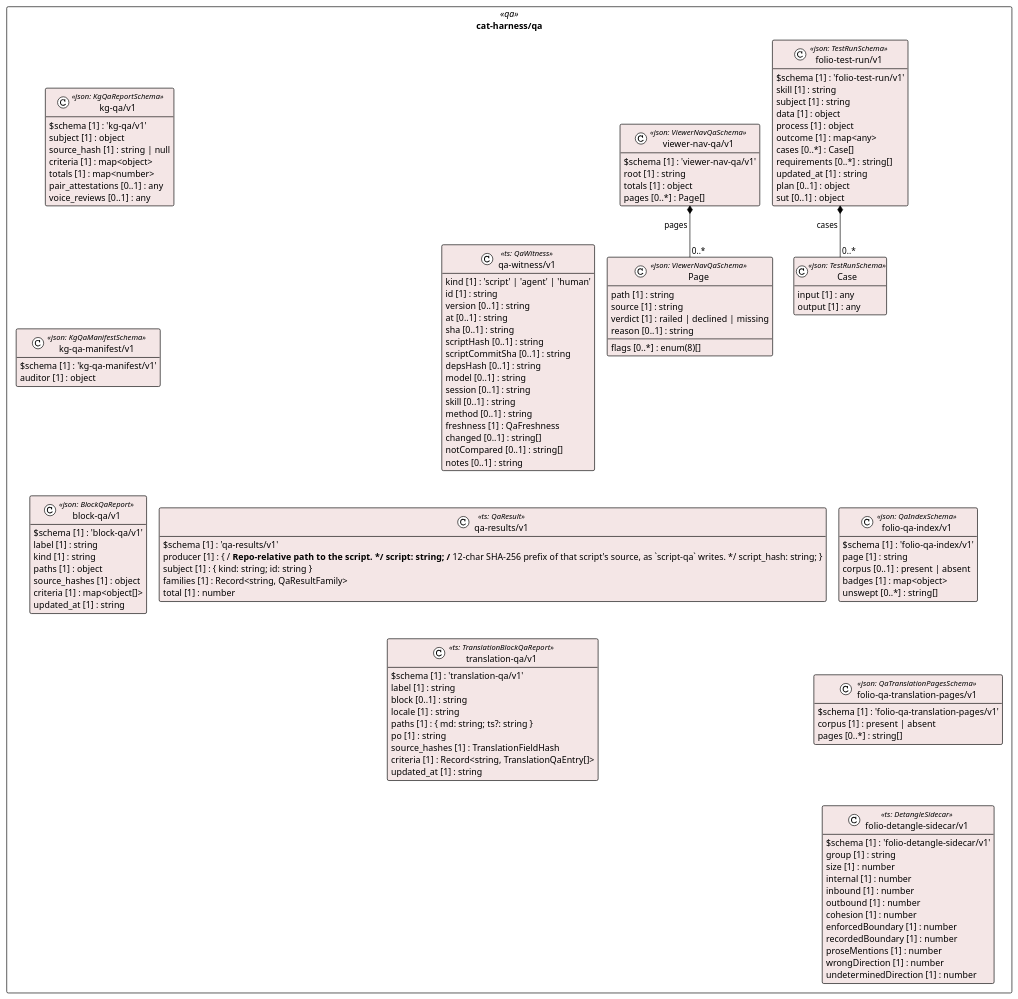
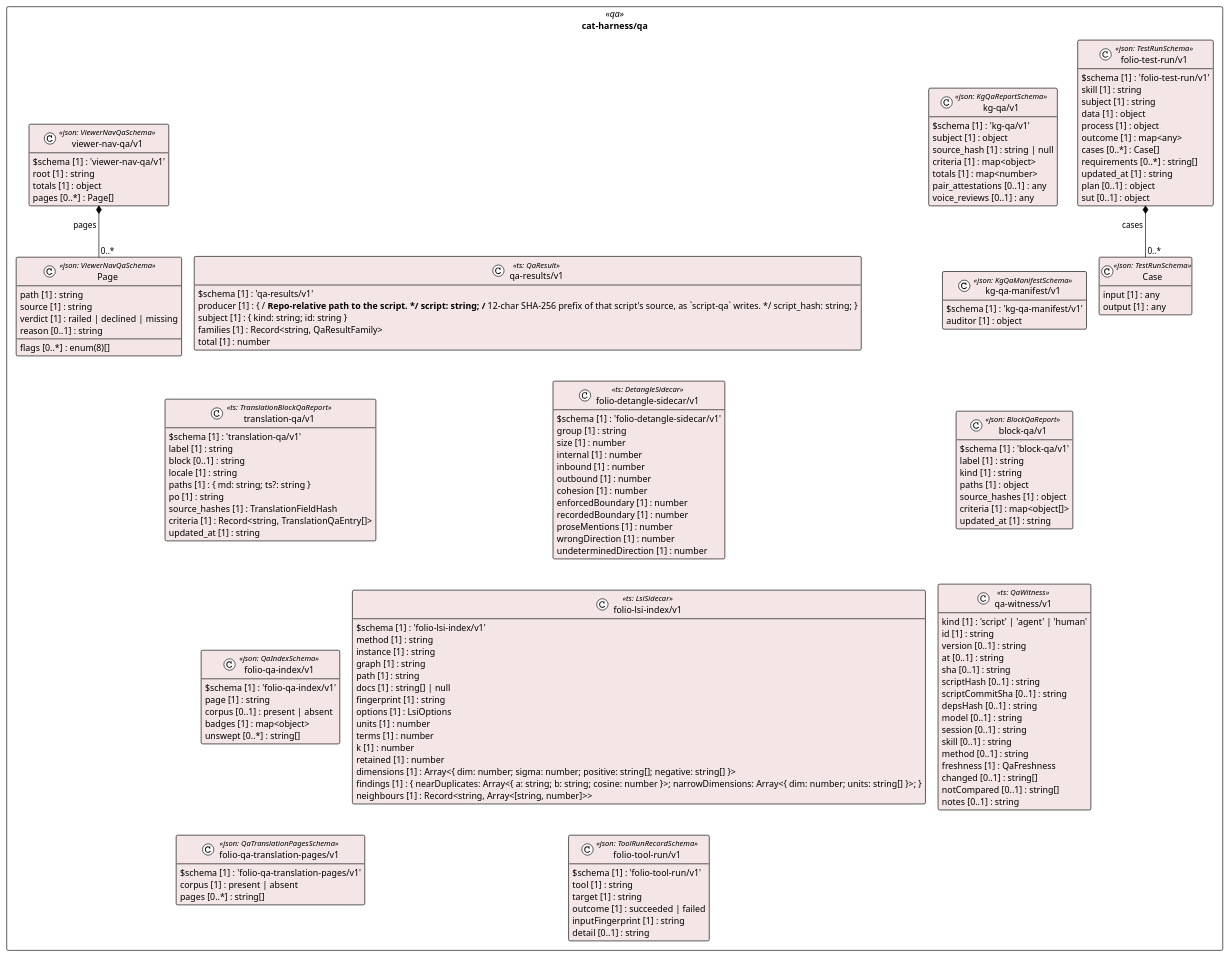
The diagram in cat-harness/uml/overview/cat-harness/qa.puml (litlfred/folio-assistant), drawn with PlantUML before and after one commit. The commit also changed 44 other files, not shown here.

```diff
--- a/cat-harness/uml/overview/cat-harness/qa.puml
+++ b/cat-harness/uml/overview/cat-harness/qa.puml
@@ -3,128 +3,153 @@
 @startuml cat_harness_qa
 !pragma layout elk
 !theme plain
 skinparam classAttributeIconSize 0
 skinparam shadowing false
 skinparam packageStyle rectangle
 hide empty methods
 
 package "cat-harness/qa" as pkg_cat_harness_qa <<qa>> {
   class "kg-qa/v1" as cat_harness_qa_kg_qa_v1_kg_qa_v1 <<json: KgQaReportSchema>> #f4e6e6 {
     $schema [1] : 'kg-qa/v1'
     subject [1] : object
     source_hash [1] : string | null
     criteria [1] : map<object>
     totals [1] : map<number>
     pair_attestations [0..1] : any
     voice_reviews [0..1] : any
   }
   class "kg-qa-manifest/v1" as cat_harness_qa_kg_qa_manifest_v1_kg_qa_manifest_v1 <<json: KgQaManifestSchema>> #f4e6e6 {
     $schema [1] : 'kg-qa-manifest/v1'
     auditor [1] : object
   }
   class "block-qa/v1" as cat_harness_qa_block_qa_v1_block_qa_v1 <<json: BlockQaReport>> #f4e6e6 {
     $schema [1] : 'block-qa/v1'
     label [1] : string
     kind [1] : string
     paths [1] : object
     source_hashes [1] : object
     criteria [1] : map<object[]>
     updated_at [1] : string
   }
   class "Case" as cat_harness_qa_folio_test_run_v1_Case <<json: TestRunSchema>> #f4e6e6 {
     input [1] : any
     output [1] : any
   }
   class "folio-test-run/v1" as cat_harness_qa_folio_test_run_v1_folio_test_run_v1 <<json: TestRunSchema>> #f4e6e6 {
     $schema [1] : 'folio-test-run/v1'
     skill [1] : string
     subject [1] : string
     data [1] : object
     process [1] : object
     outcome [1] : map<any>
     cases [0..*] : Case[]
     requirements [0..*] : string[]
     updated_at [1] : string
     plan [0..1] : object
     sut [0..1] : object
   }
   class "qa-witness/v1" as cat_harness_qa_qa_witness_v1 <<ts: QaWitness>> #f4e6e6 {
     kind [1] : 'script' | 'agent' | 'human'
     id [1] : string
     version [0..1] : string
     at [0..1] : string
     sha [0..1] : string
     scriptHash [0..1] : string
     scriptCommitSha [0..1] : string
     depsHash [0..1] : string
     model [0..1] : string
     session [0..1] : string
     skill [0..1] : string
     method [0..1] : string
     freshness [1] : QaFreshness
     changed [0..1] : string[]
     notCompared [0..1] : string[]
     notes [0..1] : string
   }
   class "qa-results/v1" as cat_harness_qa_qa_results_v1 <<ts: QaResult>> #f4e6e6 {
     $schema [1] : 'qa-results/v1'
     producer [1] : { /** Repo-relative path to the script. */ script: string; /** 12-char SHA-256 prefix of that script's source, as `script-qa` writes. */ script_hash: string; }
     subject [1] : { kind: string; id: string }
     families [1] : Record<string, QaResultFamily>
     total [1] : number
   }
   class "translation-qa/v1" as cat_harness_qa_translation_qa_v1 <<ts: TranslationBlockQaReport>> #f4e6e6 {
     $schema [1] : 'translation-qa/v1'
     label [1] : string
     block [0..1] : string
     locale [1] : string
     paths [1] : { md: string; ts?: string }
     po [1] : string
     source_hashes [1] : TranslationFieldHash
     criteria [1] : Record<string, TranslationQaEntry[]>
     updated_at [1] : string
   }
   class "folio-qa-index/v1" as cat_harness_qa_folio_qa_index_v1_folio_qa_index_v1 <<json: QaIndexSchema>> #f4e6e6 {
     $schema [1] : 'folio-qa-index/v1'
     page [1] : string
     corpus [0..1] : present | absent
     badges [1] : map<object>
     unswept [0..*] : string[]
   }
   class "folio-qa-translation-pages/v1" as cat_harness_qa_folio_qa_translation_pages_v1_folio_qa_translation_pages_v1 <<json: QaTranslationPagesSchema>> #f4e6e6 {
     $schema [1] : 'folio-qa-translation-pages/v1'
     corpus [1] : present | absent
     pages [0..*] : string[]
   }
   class "folio-detangle-sidecar/v1" as cat_harness_qa_folio_detangle_sidecar_v1 <<ts: DetangleSidecar>> #f4e6e6 {
     $schema [1] : 'folio-detangle-sidecar/v1'
     group [1] : string
     size [1] : number
     internal [1] : number
     inbound [1] : number
     outbound [1] : number
     cohesion [1] : number
     enforcedBoundary [1] : number
     recordedBoundary [1] : number
     proseMentions [1] : number
     wrongDirection [1] : number
     undeterminedDirection [1] : number
   }
+  class "folio-lsi-index/v1" as cat_harness_qa_folio_lsi_index_v1 <<ts: LsiSidecar>> #f4e6e6 {
+    $schema [1] : 'folio-lsi-index/v1'
+    method [1] : string
+    instance [1] : string
+    graph [1] : string
+    path [1] : string
+    docs [1] : string[] | null
+    fingerprint [1] : string
+    options [1] : LsiOptions
+    units [1] : number
+    terms [1] : number
+    k [1] : number
+    retained [1] : number
+    dimensions [1] : Array<{ dim: number; sigma: number; positive: string[]; negative: string[] }>
+    findings [1] : { nearDuplicates: Array<{ a: string; b: string; cosine: number }>; narrowDimensions: Array<{ dim: number; units: string[] }>; }
+    neighbours [1] : Record<string, Array<[string, number]>>
+  }
+  class "folio-tool-run/v1" as cat_harness_qa_folio_tool_run_v1_folio_tool_run_v1 <<json: ToolRunRecordSchema>> #f4e6e6 {
+    $schema [1] : 'folio-tool-run/v1'
+    tool [1] : string
+    target [1] : string
+    outcome [1] : succeeded | failed
+    inputFingerprint [1] : string
+    detail [0..1] : string
+  }
   class "Page" as cat_harness_qa_viewer_nav_qa_v1_Page <<json: ViewerNavQaSchema>> #f4e6e6 {
     path [1] : string
     source [1] : string
     verdict [1] : railed | declined | missing
     reason [0..1] : string
     flags [0..*] : enum(8)[]
   }
   class "viewer-nav-qa/v1" as cat_harness_qa_viewer_nav_qa_v1_viewer_nav_qa_v1 <<json: ViewerNavQaSchema>> #f4e6e6 {
     $schema [1] : 'viewer-nav-qa/v1'
     root [1] : string
     totals [1] : object
     pages [0..*] : Page[]
   }
 }
 
 cat_harness_qa_folio_test_run_v1_folio_test_run_v1 *-- "0..*" cat_harness_qa_folio_test_run_v1_Case : cases
 cat_harness_qa_viewer_nav_qa_v1_viewer_nav_qa_v1 *-- "0..*" cat_harness_qa_viewer_nav_qa_v1_Page : pages
 @enduml
```
